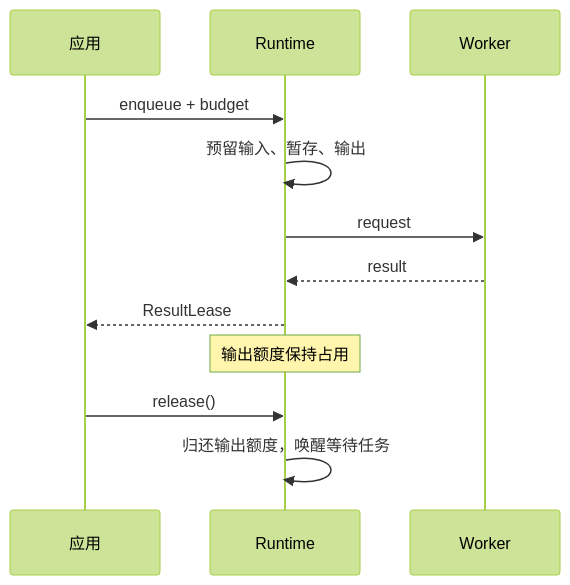
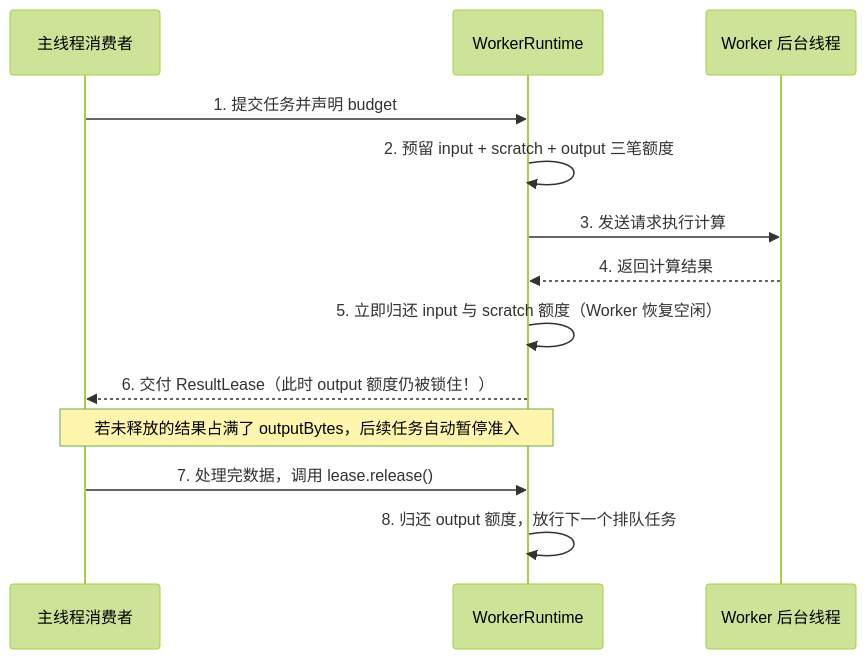
One commit to mapseekai/tasklane-web changed the diagram in content/docs/concepts/results.md. Above: the diagram before and after it, drawn with Mermaid (forest theme). The commit also changed other lines of this file and 50 other files, not shown here.

````diff
--- a/content/docs/concepts/results.md
+++ b/content/docs/concepts/results.md
@@ -11,14 +15,15 @@
 ```mermaid
 sequenceDiagram
-  participant A as 应用
-  participant R as Runtime
-  participant W as Worker
-  A->>R: enqueue + budget
-  R->>R: 预留输入、暂存、输出
-  R->>W: request
-  W-->>R: result
-  R-->>A: ResultLease
-  Note over R: 输出额度保持占用
-  A->>R: release()
-  R->>R: 归还输出额度，唤醒等待任务
+  participant A as 主线程消费者
+  participant R as WorkerRuntime
+  participant W as Worker 后台线程
+  A->>R: 1. 提交任务并声明 budget
+  R->>R: 2. 预留 input + scratch + output 三笔额度
+  R->>W: 3. 发送请求执行计算
+  W-->>R: 4. 返回计算结果
+  R->>R: 5. 立即归还 input 与 scratch 额度（Worker 恢复空闲）
+  R-->>A: 6. 交付 ResultLease（此时 output 额度仍被锁住！）
+  Note over A,R: 若未释放的结果占满了 outputBytes，后续任务自动暂停准入
+  A->>R: 7. 处理完数据，调用 lease.release()
+  R->>R: 8. 归还 output 额度，放行下一个排队任务
 ```
````
